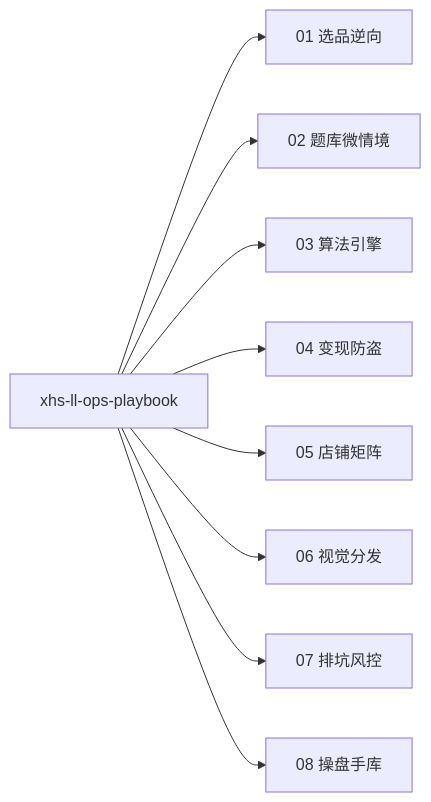
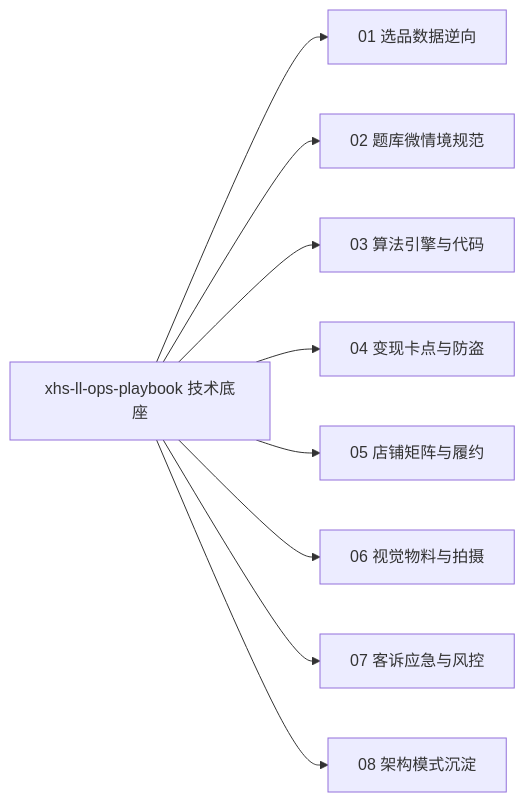
One commit to YunGuQi/TestWeb changed the diagram in .agent/skills/xhs-ll-ops-playbook/SKILL.md. Above: the diagram before and after it, drawn with Mermaid. The commit also changed other lines of this file and 26 other files, not shown here.

````diff
--- a/.agent/skills/xhs-ll-ops-playbook/SKILL.md
+++ b/.agent/skills/xhs-ll-ops-playbook/SKILL.md
@@ -10,11 +14,11 @@
 ```mermaid
 graph LR
-    Playbook[xhs-ll-ops-playbook] --> M1[01 选品逆向]
-    Playbook --> M2[02 题库微情境]
-    Playbook --> M3[03 算法引擎]
-    Playbook --> M4[04 变现防盗]
-    Playbook --> M5[05 店铺矩阵]
-    Playbook --> M6[06 视觉分发]
-    Playbook --> M7[07 排坑风控]
-    Playbook --> M8[08 操盘手库]
+    Playbook[xhs-ll-ops-playbook 技术底座] --> M1[01 选品数据逆向]
+    Playbook --> M2[02 题库微情境规范]
+    Playbook --> M3[03 算法引擎与代码]
+    Playbook --> M4[04 变现卡点与防盗]
+    Playbook --> M5[05 店铺矩阵与履约]
+    Playbook --> M6[06 视觉物料与拍摄]
+    Playbook --> M7[07 客诉应急与风控]
+    Playbook --> M8[08 架构模式沉淀]
 ```
````
